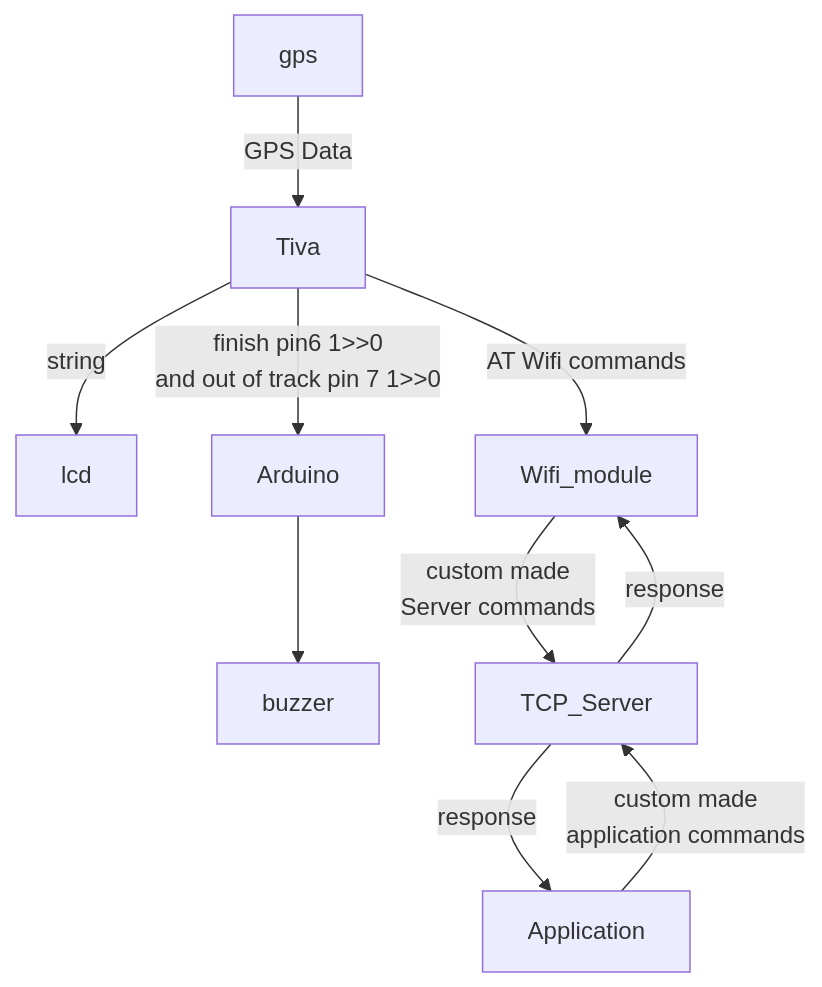
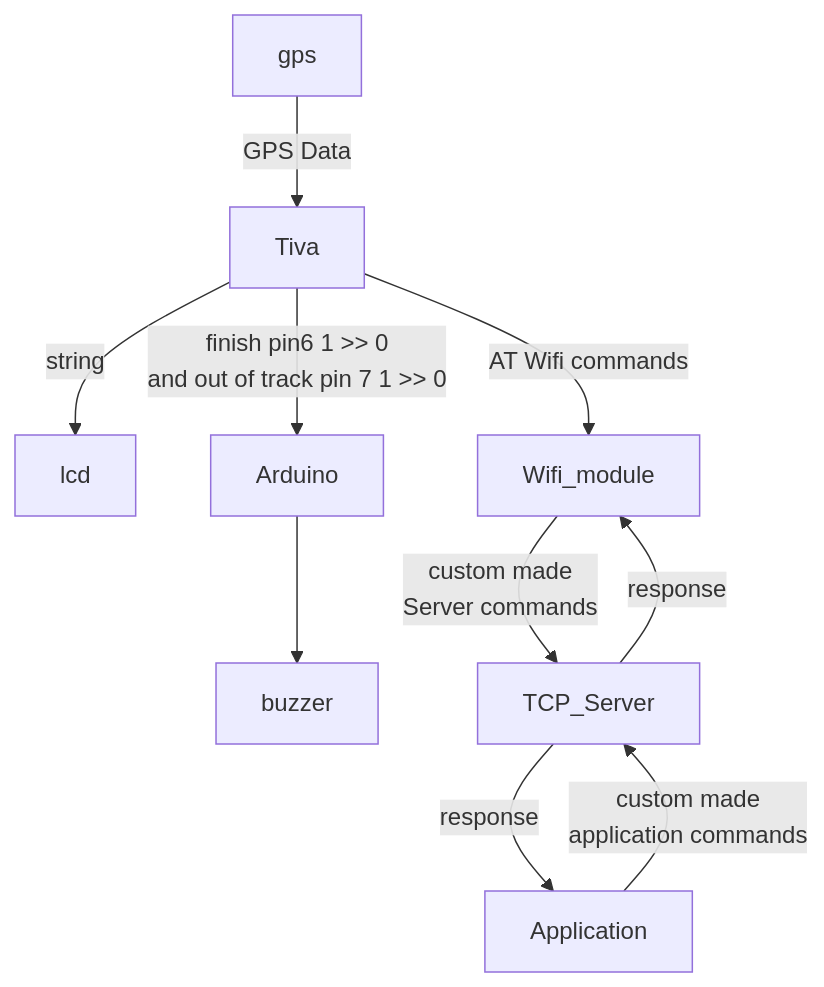
The diagram in README.md (abdlrhman08/GPS-Tracker-Tiva), drawn with Mermaid before and after one commit. The commit also changed other lines of this file, not shown here.

````diff
--- a/README.md
+++ b/README.md
@@ -33,13 +33,13 @@
 ```mermaid
 graph TD;
     gps-->|GPS Data|Tiva;
     Tiva-->|string|lcd;
-    Tiva-->|finish pin6 1>>0 <br> and out of track pin 7 1>>0 |Arduino;
+    Tiva-->|finish pin6 1 >> 0 <br> and out of track pin 7 1 >> 0 |Arduino;
     Arduino-->buzzer;
     Tiva-->|AT Wifi commands|Wifi_module;
     Wifi_module-->|custom made <br> Server commands|TCP_Server;
     TCP_Server-->|response|Wifi_module;
     Application-->|custom made <br> application commands|TCP_Server;
     TCP_Server-->|response|Application;
     
 ```
````
